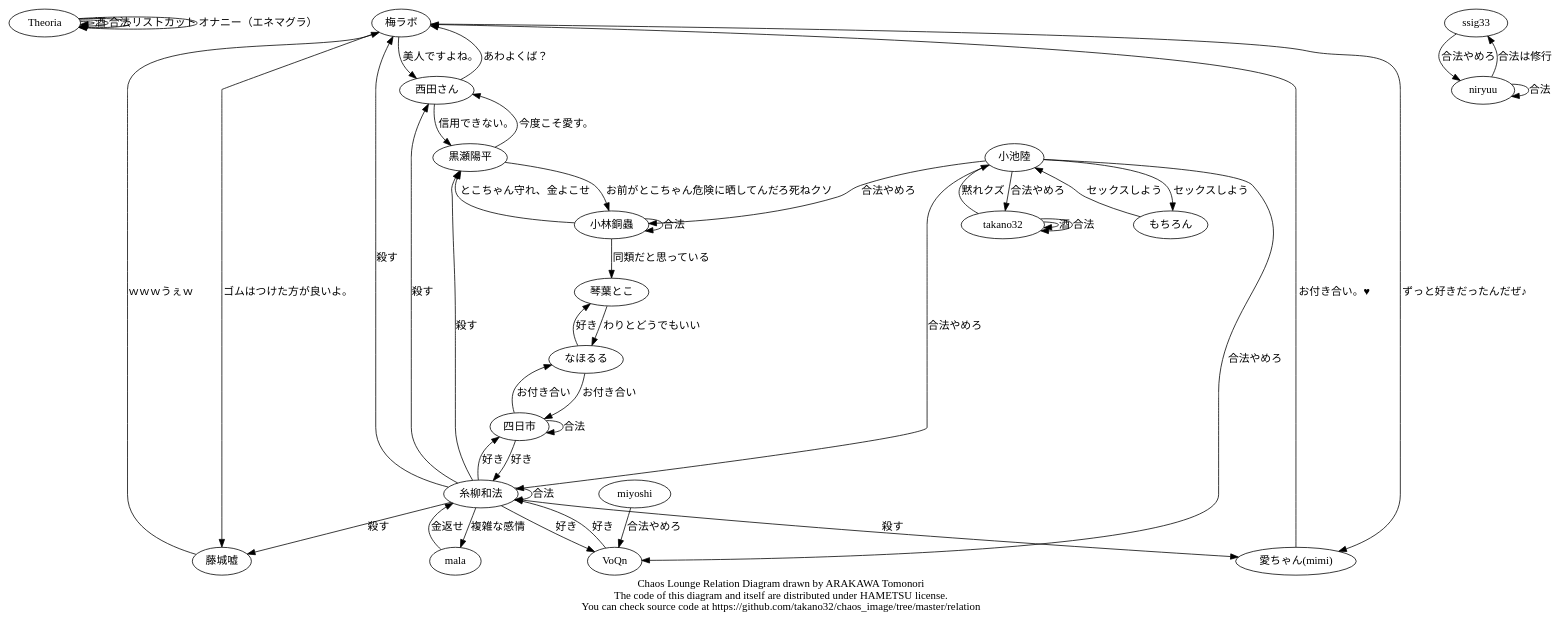
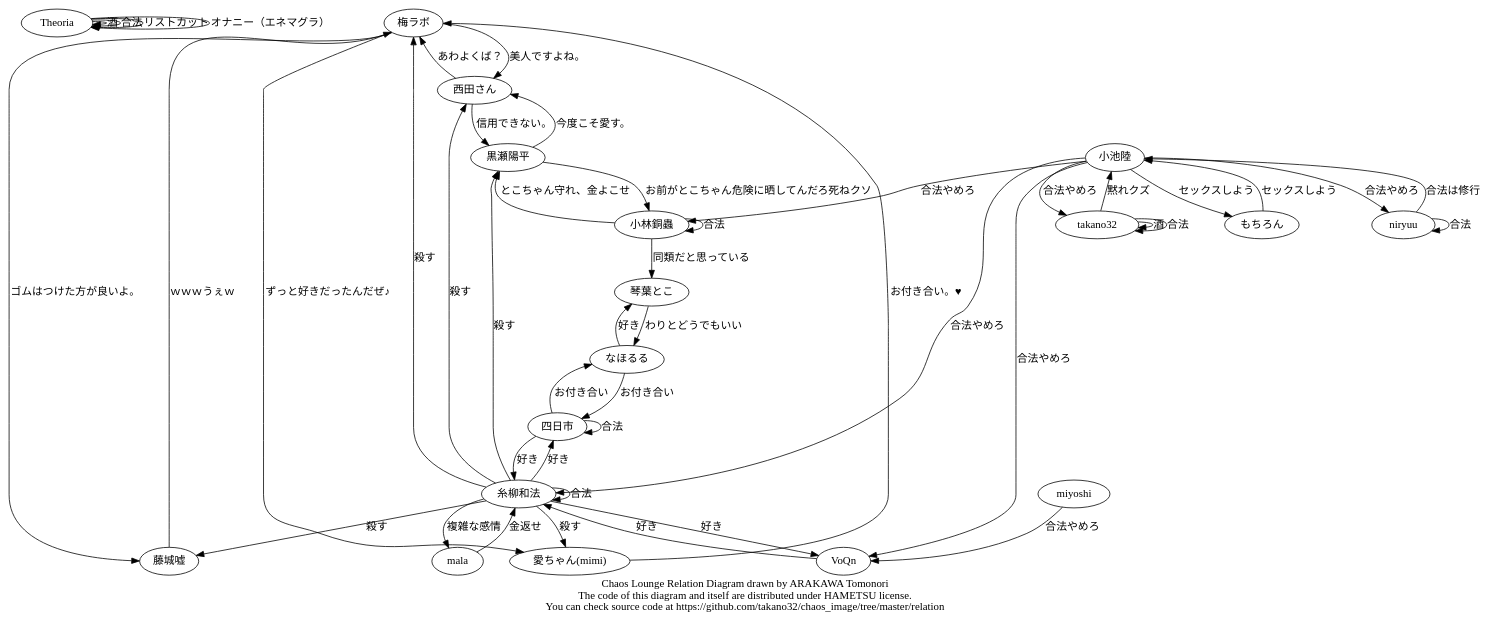
One commit to takano32/DynamicRelationGraph changed the diagram in chaos.dot. Above: the diagram before and after it, drawn with Graphviz.

```diff
--- a/chaos.dot
+++ b/chaos.dot
@@ -1,54 +1,54 @@
 digraph Chaos {
   Theoria   -> Theoria  [label = "酒"];
   Theoria   -> Theoria  [label = "合法"];
   Theoria   -> Theoria  [label = "リストカット"];
   Theoria   -> Theoria  [label = "オナニー（エネマグラ）"];
   梅ラボ    -> 藤城嘘   [label = "ゴムはつけた方が良いよ。"];
   梅ラボ    -> 西田さん [label = "美人ですよね。"];
   梅ラボ -> "愛ちゃん(mimi)" [label = "ずっと好きだったんだぜ♪"];
   藤城嘘   -> 梅ラボ   [label = "ｗｗｗうぇｗ"];
   西田さん -> 梅ラボ   [label = "あわよくば？"];
   西田さん -> 黒瀬陽平 [label = "信用できない。"];
   黒瀬陽平 -> 西田さん [label = "今度こそ愛す。"];
   黒瀬陽平 -> 小林銅蟲 [label = "お前がとこちゃん危険に晒してんだろ死ねクソ"];
   "愛ちゃん(mimi)" -> 梅ラボ [label = "お付き合い。♥"];
   糸柳和法 -> 梅ラボ  [label = "殺す"];
   糸柳和法 -> 藤城嘘   [label = "殺す"];
   糸柳和法 -> 黒瀬陽平 [label = "殺す"];
   糸柳和法 -> 西田さん [label = "殺す"];
   糸柳和法 -> "愛ちゃん(mimi)" [label = "殺す"];
   糸柳和法 -> 四日市 [label = "好き"];
   糸柳和法 -> VoQn [label = "好き"];
   糸柳和法 -> mala [label = "複雑な感情"];
   糸柳和法 -> 糸柳和法 [label = "合法"];
   mala -> 糸柳和法 [label = "金返せ"];
   小池陸 -> 糸柳和法 [label = "合法やめろ"];
   小池陸 -> takano32 [label = "合法やめろ"];
   小池陸 -> 小林銅蟲 [label = "合法やめろ"];
   小池陸 -> VoQn [label = "合法やめろ"];
   小池陸 -> もちろん [label = "セックスしよう"];
   もちろん -> 小池陸 [label = "セックスしよう"];
   miyoshi -> VoQn [label = "合法やめろ"];
   小林銅蟲 -> 黒瀬陽平 [label = "とこちゃん守れ、金よこせ"];
   小林銅蟲 -> 琴葉とこ [label = "同類だと思っている"];
   小林銅蟲 -> 小林銅蟲 [label = "合法"];
   takano32 -> 小池陸 [label = "黙れクズ"];
   takano32 -> takano32 [label = "酒"];
   takano32 -> takano32 [label = "合法"];
   なほるる -> 琴葉とこ [label = "好き"];
   なほるる -> 四日市 [label = "お付き合い"];
   琴葉とこ -> なほるる [label = "わりとどうでもいい"];
   四日市 -> なほるる [label = "お付き合い"];
   四日市 -> 糸柳和法 [label = "好き"];
   四日市 -> 四日市 [label = "合法"];
   VoQn -> 糸柳和法 [label = "好き"];
-  ssig33 -> niryuu [label = "合法やめろ"];
-  niryuu -> ssig33 [label = "合法は修行"];
+  小池陸 -> niryuu [label = "合法やめろ"];
+  niryuu -> 小池陸 [label = "合法は修行"];
   niryuu -> niryuu [label = "合法"];
   subgraph cluster_hoge {
     style = filled;
     color = lightgrey;
     // see also http://graphviz.org/content/cluster
   }
   label = "Chaos Lounge Relation Diagram drawn by ARAKAWA Tomonori\nThe code of this diagram and itself are distributed under HAMETSU license.\nYou can check source code at https://github.com/takano32/chaos_image/tree/master/relation";
 }
```
